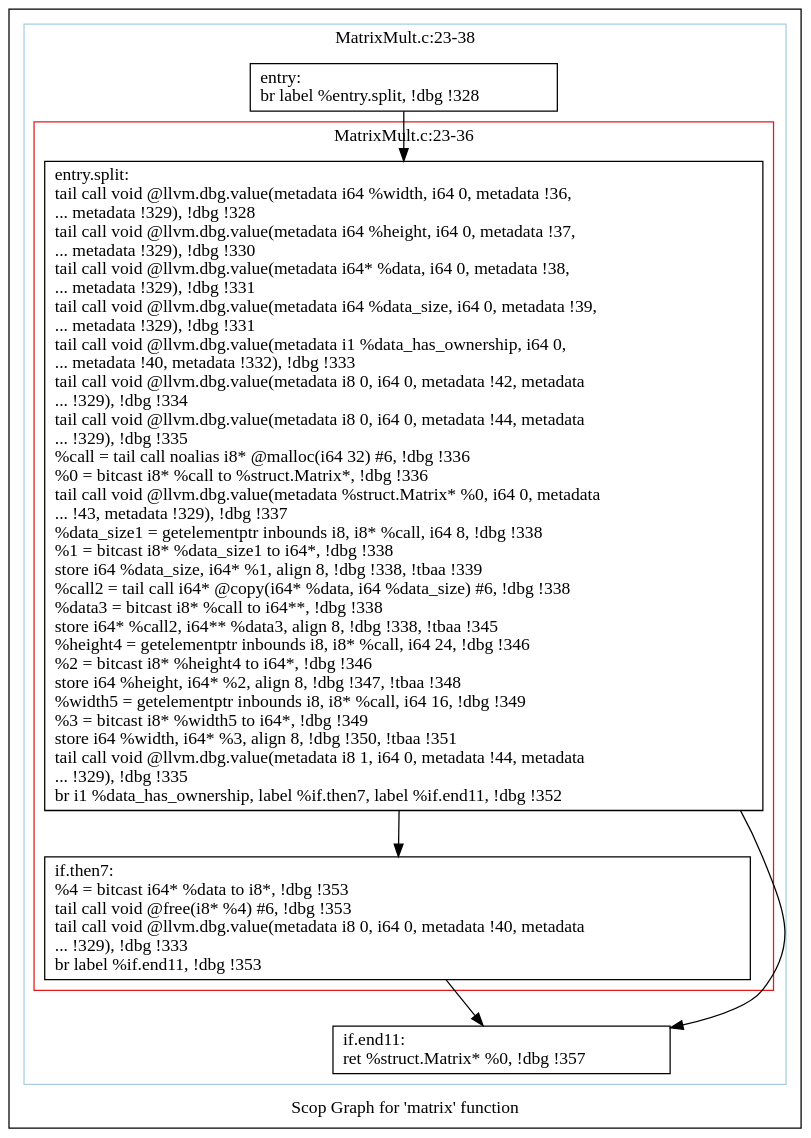
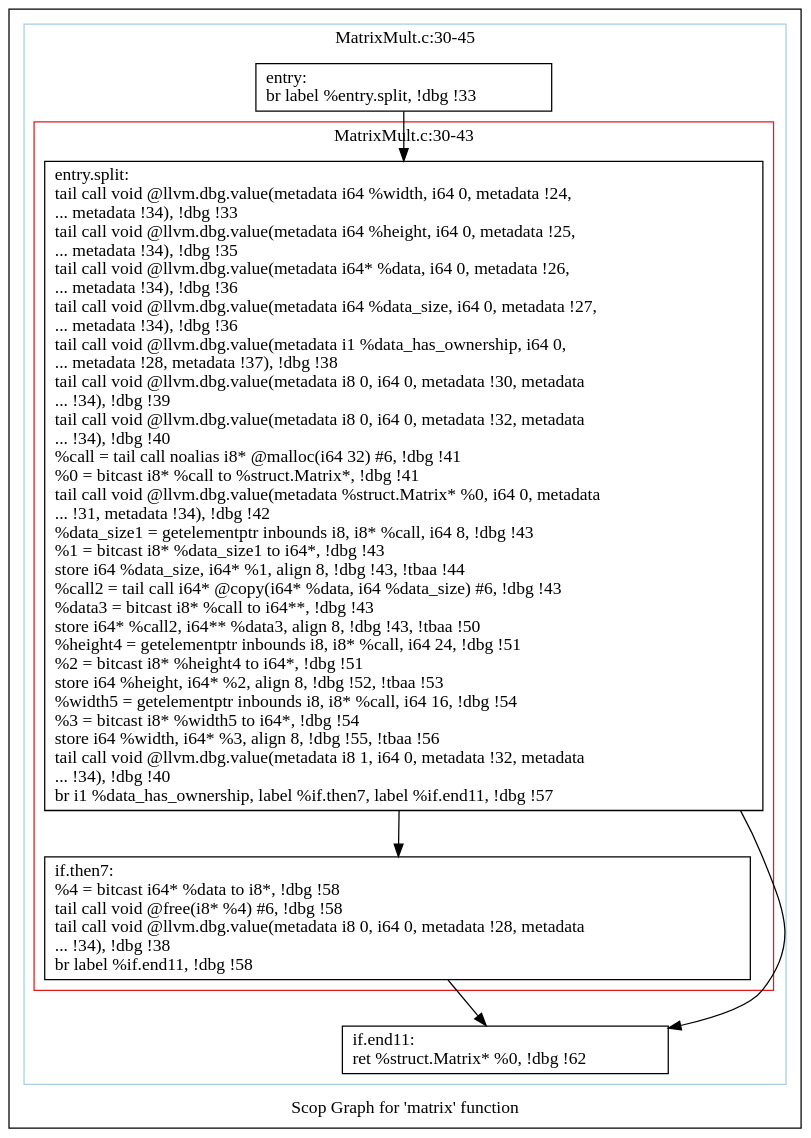
Before and after one commit to samminweng/WhileyOpenCL: the diagram in polly/MatrixMult/impl/autogenerate1/dot/scops.matrix.dot, drawn with Graphviz. The commit also changed 43 other files, not shown here.

```diff
--- a/polly/MatrixMult/impl/autogenerate1/dot/scops.matrix.dot
+++ b/polly/MatrixMult/impl/autogenerate1/dot/scops.matrix.dot
@@ -1,29 +1,29 @@
 digraph "Scop Graph for 'matrix' function" {
 	label="Scop Graph for 'matrix' function";
 
-	Node0xa0e3840 [shape=record,label="{entry:\l  br label %entry.split, !dbg !328\l}"];
-	Node0xa0e3840 -> Node0xa0f7f20;
-	Node0xa0f7f20 [shape=record,label="{entry.split:                                      \l  tail call void @llvm.dbg.value(metadata i64 %width, i64 0, metadata !36,\l... metadata !329), !dbg !328\l  tail call void @llvm.dbg.value(metadata i64 %height, i64 0, metadata !37,\l... metadata !329), !dbg !330\l  tail call void @llvm.dbg.value(metadata i64* %data, i64 0, metadata !38,\l... metadata !329), !dbg !331\l  tail call void @llvm.dbg.value(metadata i64 %data_size, i64 0, metadata !39,\l... metadata !329), !dbg !331\l  tail call void @llvm.dbg.value(metadata i1 %data_has_ownership, i64 0,\l... metadata !40, metadata !332), !dbg !333\l  tail call void @llvm.dbg.value(metadata i8 0, i64 0, metadata !42, metadata\l... !329), !dbg !334\l  tail call void @llvm.dbg.value(metadata i8 0, i64 0, metadata !44, metadata\l... !329), !dbg !335\l  %call = tail call noalias i8* @malloc(i64 32) #6, !dbg !336\l  %0 = bitcast i8* %call to %struct.Matrix*, !dbg !336\l  tail call void @llvm.dbg.value(metadata %struct.Matrix* %0, i64 0, metadata\l... !43, metadata !329), !dbg !337\l  %data_size1 = getelementptr inbounds i8, i8* %call, i64 8, !dbg !338\l  %1 = bitcast i8* %data_size1 to i64*, !dbg !338\l  store i64 %data_size, i64* %1, align 8, !dbg !338, !tbaa !339\l  %call2 = tail call i64* @copy(i64* %data, i64 %data_size) #6, !dbg !338\l  %data3 = bitcast i8* %call to i64**, !dbg !338\l  store i64* %call2, i64** %data3, align 8, !dbg !338, !tbaa !345\l  %height4 = getelementptr inbounds i8, i8* %call, i64 24, !dbg !346\l  %2 = bitcast i8* %height4 to i64*, !dbg !346\l  store i64 %height, i64* %2, align 8, !dbg !347, !tbaa !348\l  %width5 = getelementptr inbounds i8, i8* %call, i64 16, !dbg !349\l  %3 = bitcast i8* %width5 to i64*, !dbg !349\l  store i64 %width, i64* %3, align 8, !dbg !350, !tbaa !351\l  tail call void @llvm.dbg.value(metadata i8 1, i64 0, metadata !44, metadata\l... !329), !dbg !335\l  br i1 %data_has_ownership, label %if.then7, label %if.end11, !dbg !352\l}"];
-	Node0xa0f7f20 -> Node0xa110110;
-	Node0xa0f7f20 -> Node0xa10fff0;
-	Node0xa110110 [shape=record,label="{if.then7:                                         \l  %4 = bitcast i64* %data to i8*, !dbg !353\l  tail call void @free(i8* %4) #6, !dbg !353\l  tail call void @llvm.dbg.value(metadata i8 0, i64 0, metadata !40, metadata\l... !329), !dbg !333\l  br label %if.end11, !dbg !353\l}"];
-	Node0xa110110 -> Node0xa10fff0;
-	Node0xa10fff0 [shape=record,label="{if.end11:                                         \l  ret %struct.Matrix* %0, !dbg !357\l}"];
+	Node0xb073410 [shape=record,label="{entry:\l  br label %entry.split, !dbg !33\l}"];
+	Node0xb073410 -> Node0xb072890;
+	Node0xb072890 [shape=record,label="{entry.split:                                      \l  tail call void @llvm.dbg.value(metadata i64 %width, i64 0, metadata !24,\l... metadata !34), !dbg !33\l  tail call void @llvm.dbg.value(metadata i64 %height, i64 0, metadata !25,\l... metadata !34), !dbg !35\l  tail call void @llvm.dbg.value(metadata i64* %data, i64 0, metadata !26,\l... metadata !34), !dbg !36\l  tail call void @llvm.dbg.value(metadata i64 %data_size, i64 0, metadata !27,\l... metadata !34), !dbg !36\l  tail call void @llvm.dbg.value(metadata i1 %data_has_ownership, i64 0,\l... metadata !28, metadata !37), !dbg !38\l  tail call void @llvm.dbg.value(metadata i8 0, i64 0, metadata !30, metadata\l... !34), !dbg !39\l  tail call void @llvm.dbg.value(metadata i8 0, i64 0, metadata !32, metadata\l... !34), !dbg !40\l  %call = tail call noalias i8* @malloc(i64 32) #6, !dbg !41\l  %0 = bitcast i8* %call to %struct.Matrix*, !dbg !41\l  tail call void @llvm.dbg.value(metadata %struct.Matrix* %0, i64 0, metadata\l... !31, metadata !34), !dbg !42\l  %data_size1 = getelementptr inbounds i8, i8* %call, i64 8, !dbg !43\l  %1 = bitcast i8* %data_size1 to i64*, !dbg !43\l  store i64 %data_size, i64* %1, align 8, !dbg !43, !tbaa !44\l  %call2 = tail call i64* @copy(i64* %data, i64 %data_size) #6, !dbg !43\l  %data3 = bitcast i8* %call to i64**, !dbg !43\l  store i64* %call2, i64** %data3, align 8, !dbg !43, !tbaa !50\l  %height4 = getelementptr inbounds i8, i8* %call, i64 24, !dbg !51\l  %2 = bitcast i8* %height4 to i64*, !dbg !51\l  store i64 %height, i64* %2, align 8, !dbg !52, !tbaa !53\l  %width5 = getelementptr inbounds i8, i8* %call, i64 16, !dbg !54\l  %3 = bitcast i8* %width5 to i64*, !dbg !54\l  store i64 %width, i64* %3, align 8, !dbg !55, !tbaa !56\l  tail call void @llvm.dbg.value(metadata i8 1, i64 0, metadata !32, metadata\l... !34), !dbg !40\l  br i1 %data_has_ownership, label %if.then7, label %if.end11, !dbg !57\l}"];
+	Node0xb072890 -> Node0xb018020;
+	Node0xb072890 -> Node0xb070e50;
+	Node0xb018020 [shape=record,label="{if.then7:                                         \l  %4 = bitcast i64* %data to i8*, !dbg !58\l  tail call void @free(i8* %4) #6, !dbg !58\l  tail call void @llvm.dbg.value(metadata i8 0, i64 0, metadata !28, metadata\l... !34), !dbg !38\l  br label %if.end11, !dbg !58\l}"];
+	Node0xb018020 -> Node0xb070e50;
+	Node0xb070e50 [shape=record,label="{if.end11:                                         \l  ret %struct.Matrix* %0, !dbg !62\l}"];
 	colorscheme = "paired12"
-        subgraph cluster_0xa14ea90 {
-          label = "MatrixMult.c:23-38
+        subgraph cluster_0xb0a05d0 {
+          label = "MatrixMult.c:30-45
 ";
           style = solid;
           color = 1
-          subgraph cluster_0xa14e390 {
-            label = "MatrixMult.c:23-36
+          subgraph cluster_0xb0a0120 {
+            label = "MatrixMult.c:30-43
 ";
             style = solid;
             color = 6
-            Node0xa0f7f20;
-            Node0xa110110;
+            Node0xb072890;
+            Node0xb018020;
           }
-          Node0xa0e3840;
-          Node0xa10fff0;
+          Node0xb073410;
+          Node0xb070e50;
         }
 }
```
